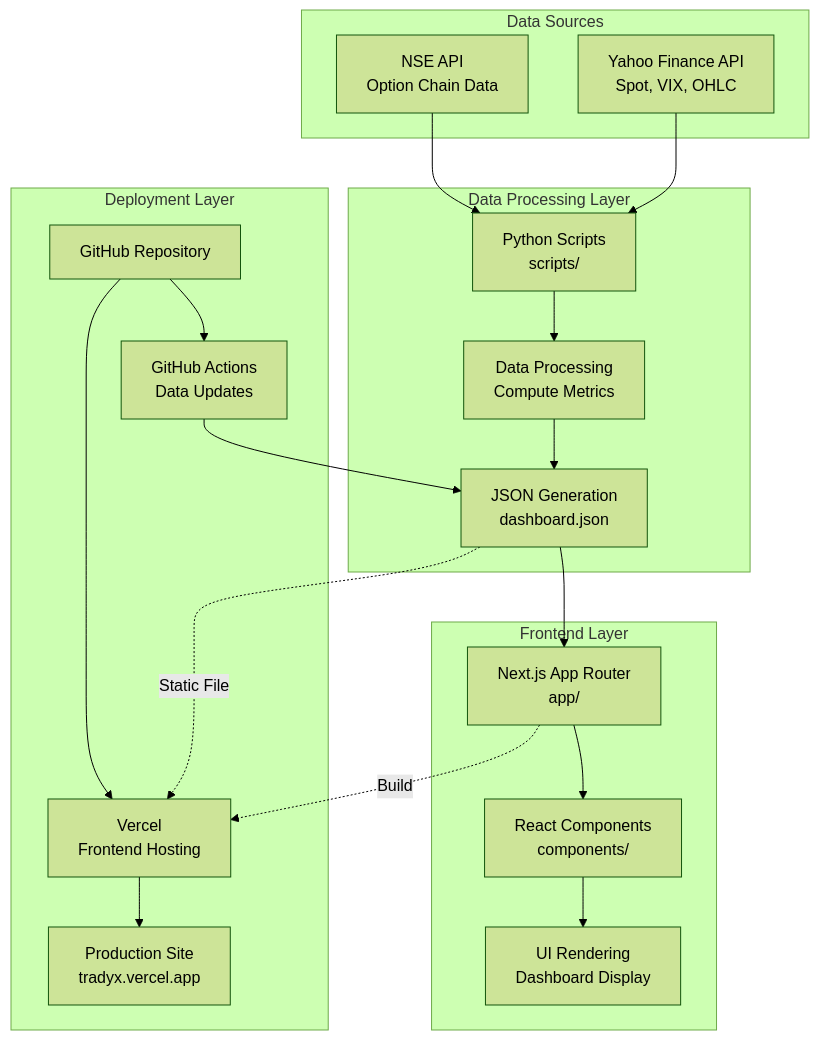
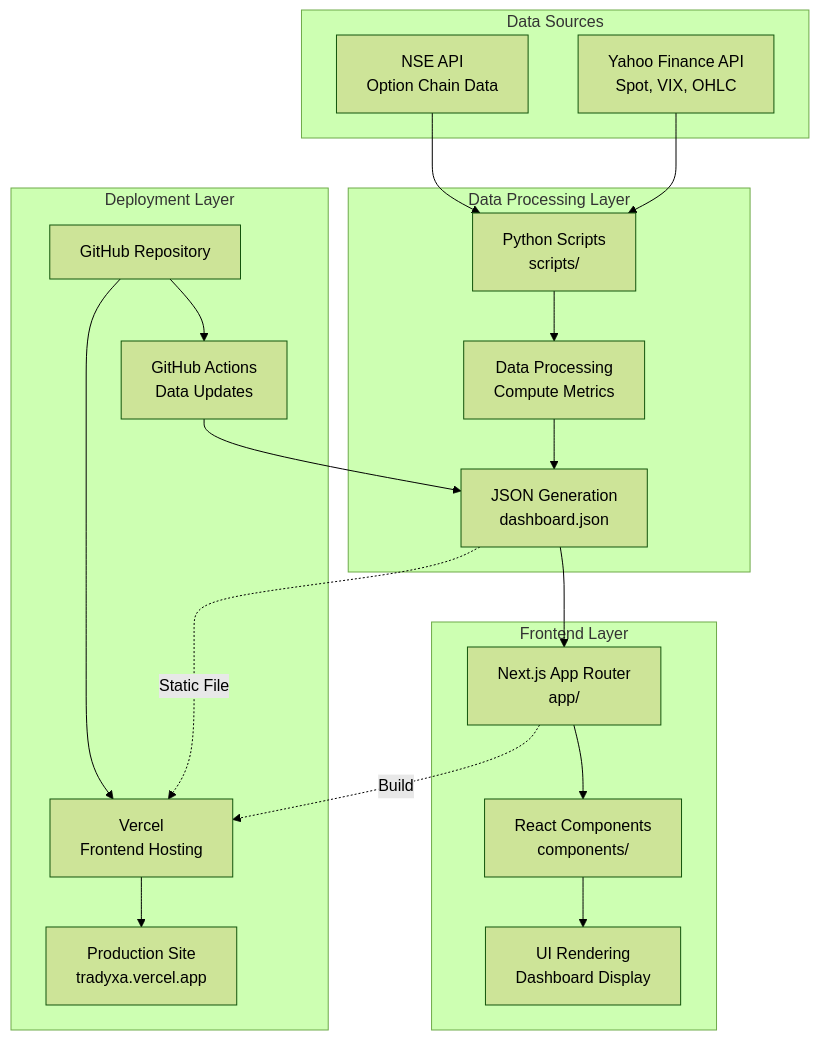
One commit to pravindev666/Tradyx-Aleph changed the first of 13 diagrams in tradyx-options-dashboard/ARCHITECTURE.md. Above: the diagram before and after it, drawn with Mermaid (forest theme). The commit also changed other lines of this file and 63 other files, not shown here.

````diff
--- a/tradyx-options-dashboard/ARCHITECTURE.md
+++ b/tradyx-options-dashboard/ARCHITECTURE.md
@@ -26,41 +26,41 @@
 ```mermaid
 graph TB
     subgraph "Data Sources"
         A[NSE API<br/>Option Chain Data]
         B[Yahoo Finance API<br/>Spot, VIX, OHLC]
     end
     
     subgraph "Data Processing Layer"
         C[Python Scripts<br/>scripts/]
         D[Data Processing<br/>Compute Metrics]
         E[JSON Generation<br/>dashboard.json]
     end
     
     subgraph "Frontend Layer"
         F[Next.js App Router<br/>app/]
         G[React Components<br/>components/]
         H[UI Rendering<br/>Dashboard Display]
     end
     
     subgraph "Deployment Layer"
         I[GitHub Repository]
         J[Vercel<br/>Frontend Hosting]
         K[GitHub Actions<br/>Data Updates]
-        L[Production Site<br/>tradyx.vercel.app]
+        L[Production Site<br/>tradyxa.vercel.app]
     end
     
     A --> C
     B --> C
     C --> D
     D --> E
     E --> F
     F --> G
     G --> H
     
     I --> J
     I --> K
     K --> E
     E -.->|Static File| J
     F -.->|Build| J
     J --> L
 ```
````
